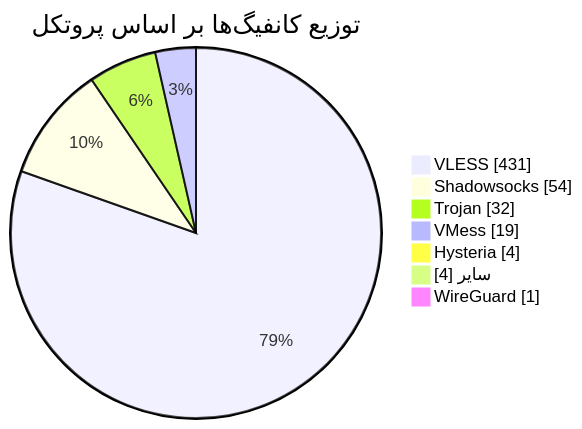
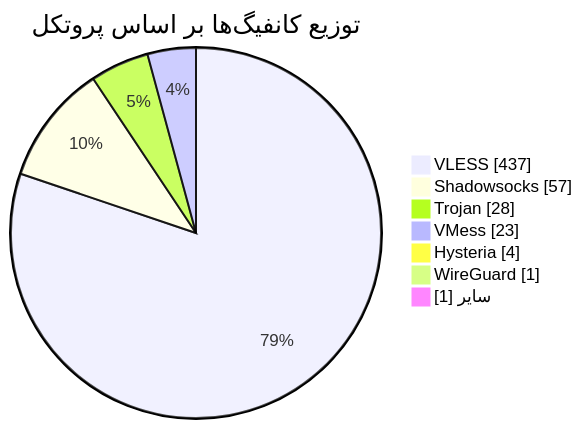
Before and after one commit to Arian-Alijani/Somthing: the diagram in README.md, drawn with Mermaid. The commit also changed other lines of this file and 91 other files, not shown here.

````diff
--- a/README.md
+++ b/README.md
@@ -49,11 +49,11 @@
 ```mermaid
 pie showData
     title توزیع کانفیگ‌ها بر اساس پروتکل
-    "VLESS" : 431
-    "Shadowsocks" : 54
-    "Trojan" : 32
-    "VMess" : 19
+    "VLESS" : 437
+    "Shadowsocks" : 57
+    "Trojan" : 28
+    "VMess" : 23
     "Hysteria" : 4
-    "سایر" : 4
     "WireGuard" : 1
+    "سایر" : 1
 ```
````
